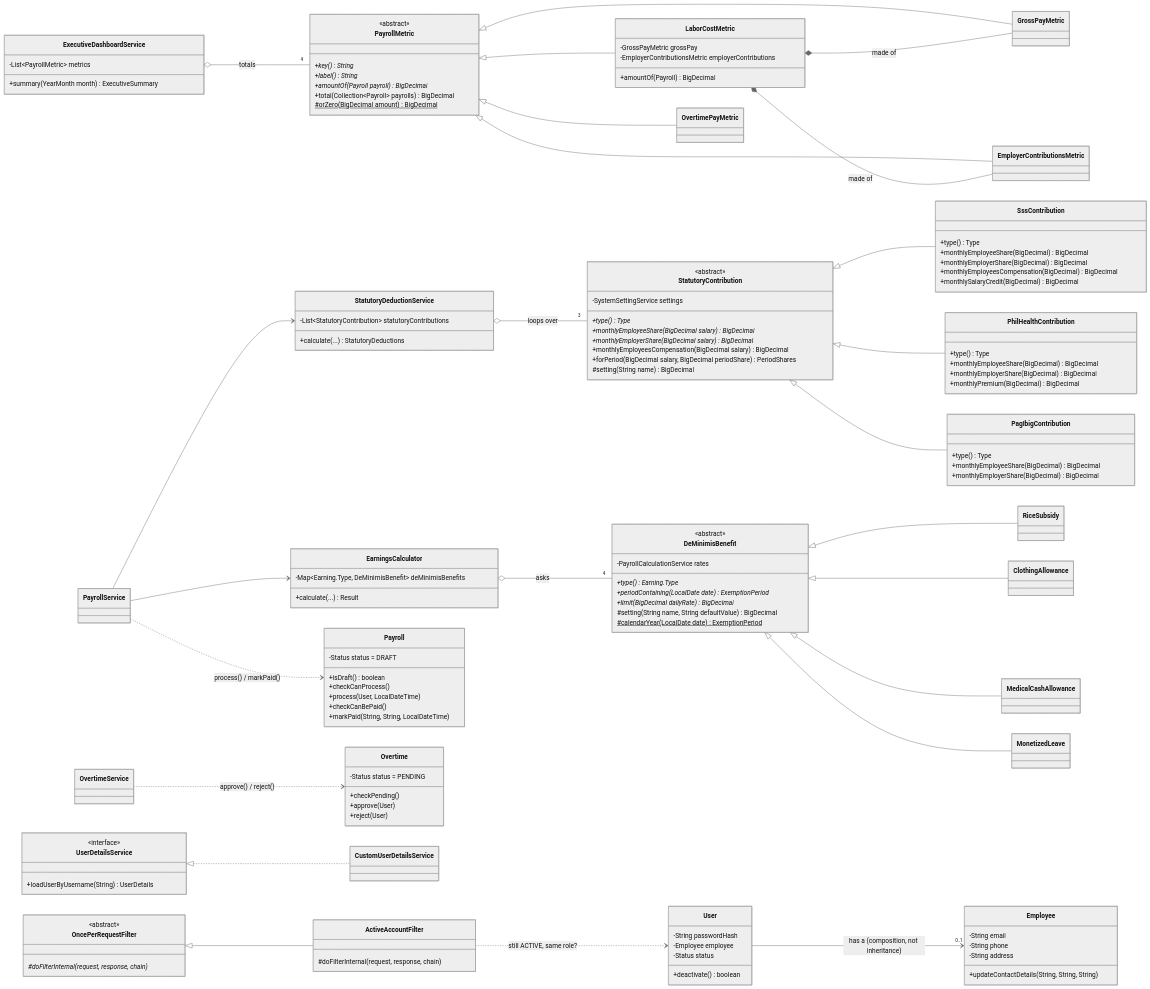
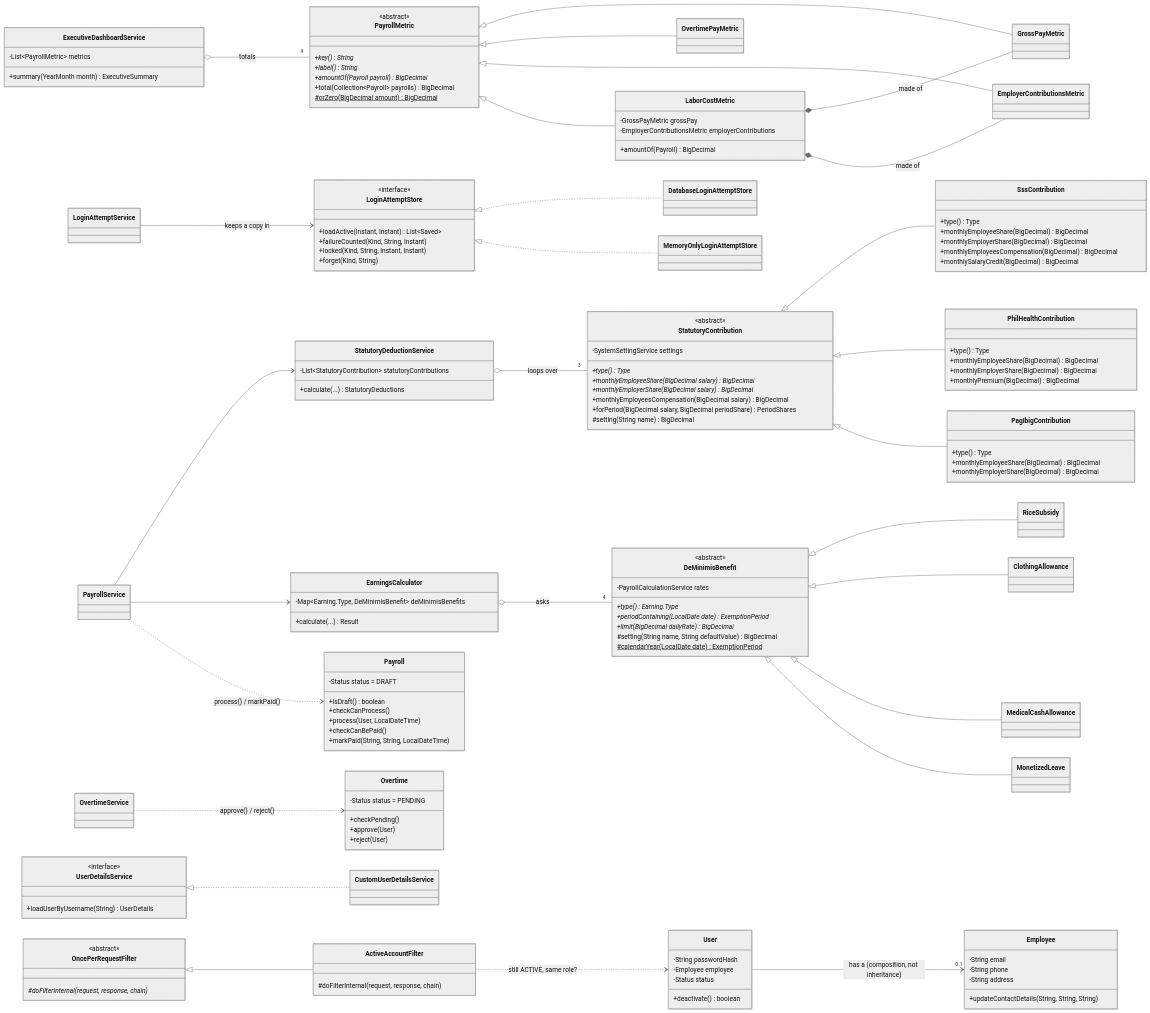
One commit to ArtXenos/Employger changed the diagram in docs/OOP_CONCEPTS.md. Above: the diagram before and after it, drawn with Mermaid (neutral theme). The commit also changed other lines of this file and 11 other files, not shown here.

```diff
--- a/docs/OOP_CONCEPTS.md
+++ b/docs/OOP_CONCEPTS.md
@@ -484,6 +499,20 @@
     class CustomUserDetailsService
     UserDetailsService <|.. CustomUserDetailsService
 
+    class LoginAttemptStore {
+        <<interface>>
+        +loadActive(Instant, Instant) List~Saved~
+        +failureCounted(Kind, String, Instant)
+        +locked(Kind, String, Instant, Instant)
+        +forget(Kind, String)
+    }
+    class DatabaseLoginAttemptStore
+    class MemoryOnlyLoginAttemptStore
+    LoginAttemptStore <|.. DatabaseLoginAttemptStore
+    LoginAttemptStore <|.. MemoryOnlyLoginAttemptStore
+    class LoginAttemptService
+    LoginAttemptService --> LoginAttemptStore : keeps a copy in
+
     class OncePerRequestFilter {
         <<abstract>>
         #doFilterInternal(request, response, chain)*
```
